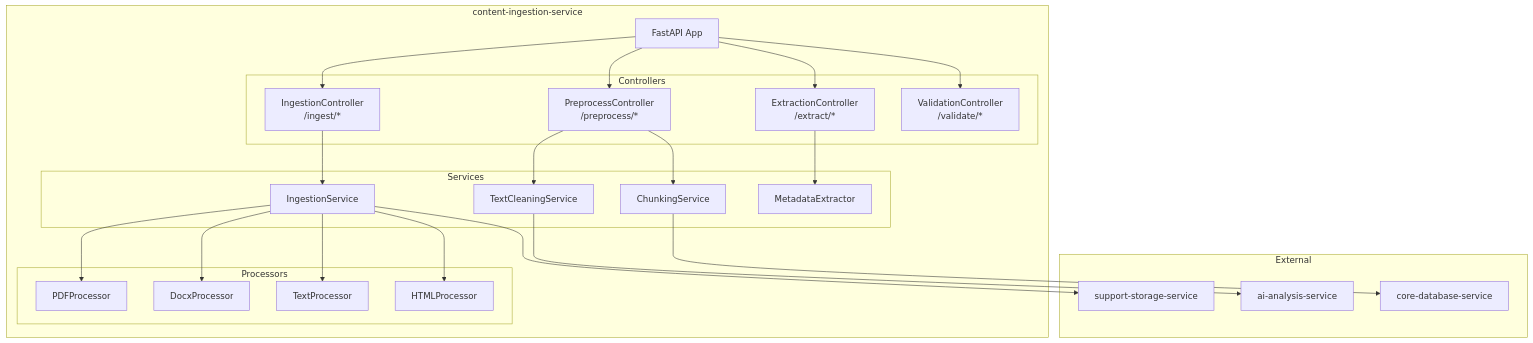
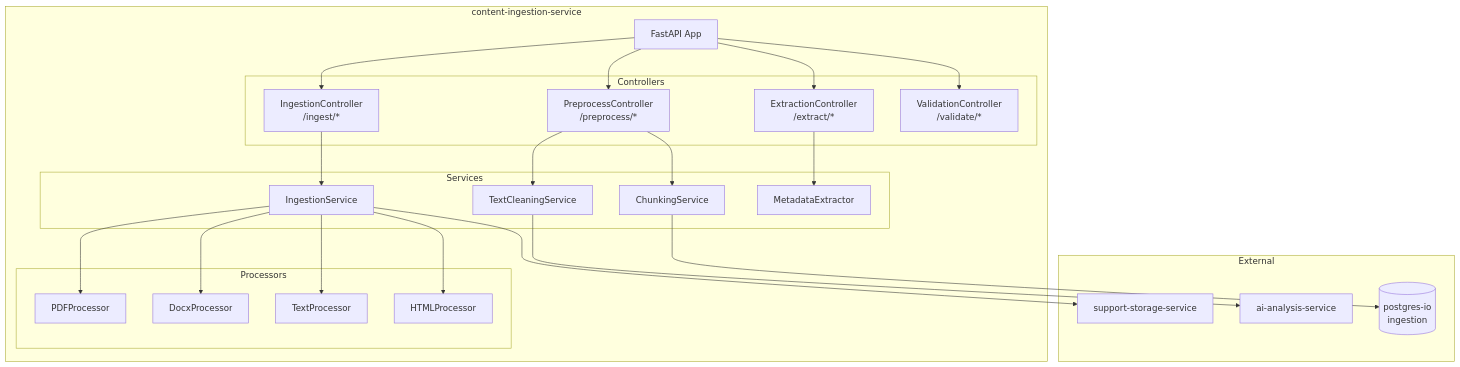
The first of 4 diagrams in microservices/content-ingestion-service.md (VisioBook-ESP/docs-architecture), drawn with Mermaid before and after one commit. The commit also changed other lines of this file and 15 other files, not shown here.

````diff
--- a/microservices/content-ingestion-service.md
+++ b/microservices/content-ingestion-service.md
@@ -23,52 +23,52 @@
 ```mermaid
 graph TB
     subgraph "content-ingestion-service"
         API[FastAPI App]
 
         subgraph "Controllers"
             INGEST[IngestionController<br/>/ingest/*]
             PREPROCESS[PreprocessController<br/>/preprocess/*]
             EXTRACT[ExtractionController<br/>/extract/*]
             VALIDATE[ValidationController<br/>/validate/*]
         end
 
         subgraph "Services"
             INGEST_SVC[IngestionService]
             TEXT_SVC[TextCleaningService]
             CHUNK_SVC[ChunkingService]
             META_SVC[MetadataExtractor]
         end
 
         subgraph "Processors"
             PDF[PDFProcessor]
             DOCX[DocxProcessor]
             TXT[TextProcessor]
             HTML[HTMLProcessor]
         end
     end
 
     subgraph "External"
         STORAGE[support-storage-service]
         AI[ai-analysis-service]
-        DB[core-database-service]
+        PG[(postgres-io<br/>ingestion)]
     end
 
     API --> INGEST
     API --> PREPROCESS
     API --> EXTRACT
     API --> VALIDATE
 
     INGEST --> INGEST_SVC
     PREPROCESS --> TEXT_SVC
     PREPROCESS --> CHUNK_SVC
     EXTRACT --> META_SVC
 
     INGEST_SVC --> PDF
     INGEST_SVC --> DOCX
     INGEST_SVC --> TXT
     INGEST_SVC --> HTML
 
     INGEST_SVC --> STORAGE
     TEXT_SVC --> AI
-    CHUNK_SVC --> DB
+    CHUNK_SVC --> PG
 ```
````
